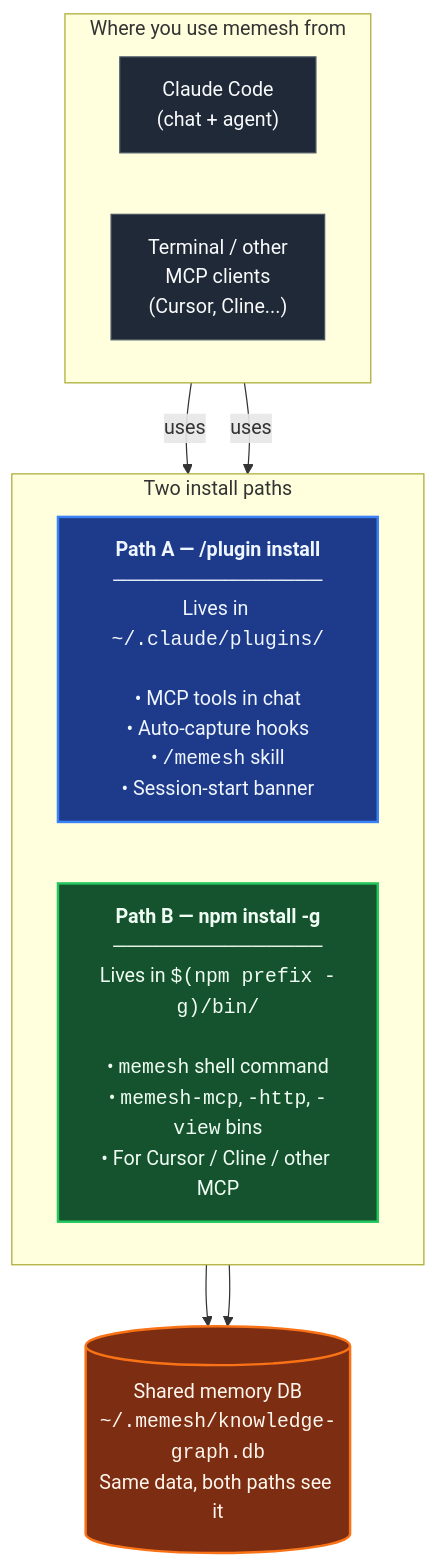
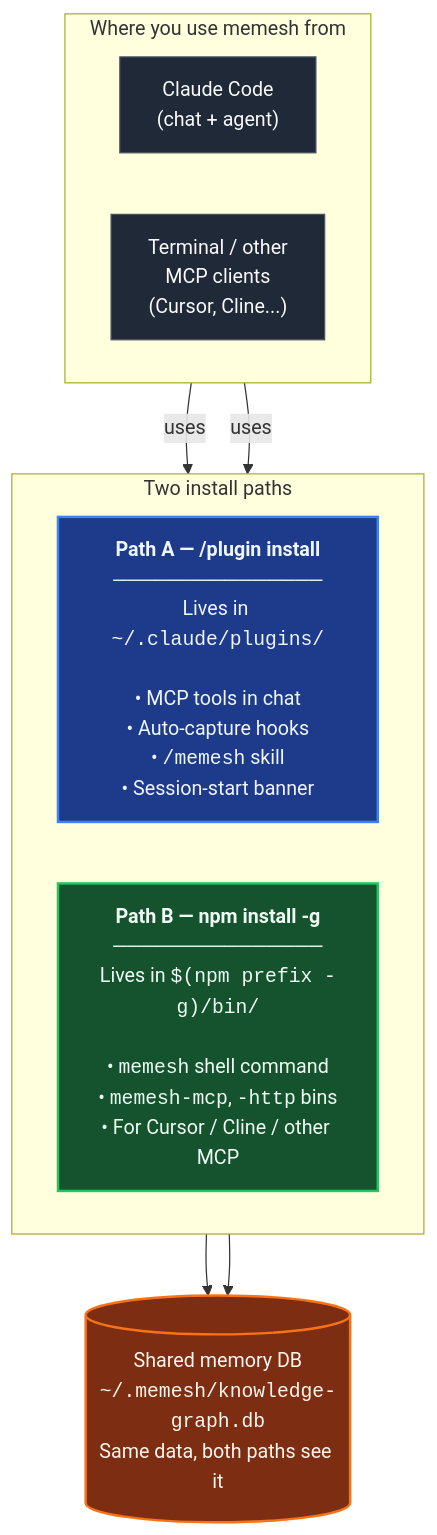
Before and after one commit to PCIRCLE-AI/claude-code-buddy: the diagram in README.de.md, drawn with Mermaid. The commit also changed other lines of this file and 13 other files, not shown here.

````diff
--- a/README.de.md
+++ b/README.de.md
@@ -38,26 +38,26 @@
 ```mermaid
 flowchart TB
     classDef client fill:#1f2937,stroke:#4b5563,color:#f9fafb,stroke-width:1px
     classDef pathA  fill:#1e3a8a,stroke:#3b82f6,color:#eff6ff,stroke-width:2px
     classDef pathB  fill:#14532d,stroke:#22c55e,color:#f0fdf4,stroke-width:2px
     classDef db     fill:#7c2d12,stroke:#f97316,color:#fff7ed,stroke-width:2px
 
     subgraph clients["Where you use memesh from"]
       direction LR
       CC["Claude Code<br/>(chat + agent)"]:::client
       TERM["Terminal / other<br/>MCP clients<br/>(Cursor, Cline...)"]:::client
     end
 
     subgraph paths["Two install paths"]
       direction LR
       A["<b>Path A — /plugin install</b><br/>───────────────<br/>Lives in <code>~/.claude/plugins/</code><br/><br/>• MCP tools in chat<br/>• Auto-capture hooks<br/>• <code>/memesh</code> skill<br/>• Session-start banner"]:::pathA
-      B["<b>Path B — npm install -g</b><br/>───────────────<br/>Lives in <code>$(npm prefix -g)/bin/</code><br/><br/>• <code>memesh</code> shell command<br/>• <code>memesh-mcp</code>, <code>-http</code>, <code>-view</code> bins<br/>• For Cursor / Cline / other MCP"]:::pathB
+      B["<b>Path B — npm install -g</b><br/>───────────────<br/>Lives in <code>$(npm prefix -g)/bin/</code><br/><br/>• <code>memesh</code> shell command<br/>• <code>memesh-mcp</code>, <code>-http</code> bins<br/>• For Cursor / Cline / other MCP"]:::pathB
     end
 
     DB[("Shared memory DB<br/><code>~/.memesh/knowledge-graph.db</code><br/>Same data, both paths see it")]:::db
 
     CC -->|uses| A
     TERM -->|uses| B
     A --> DB
     B --> DB
 ```
````
